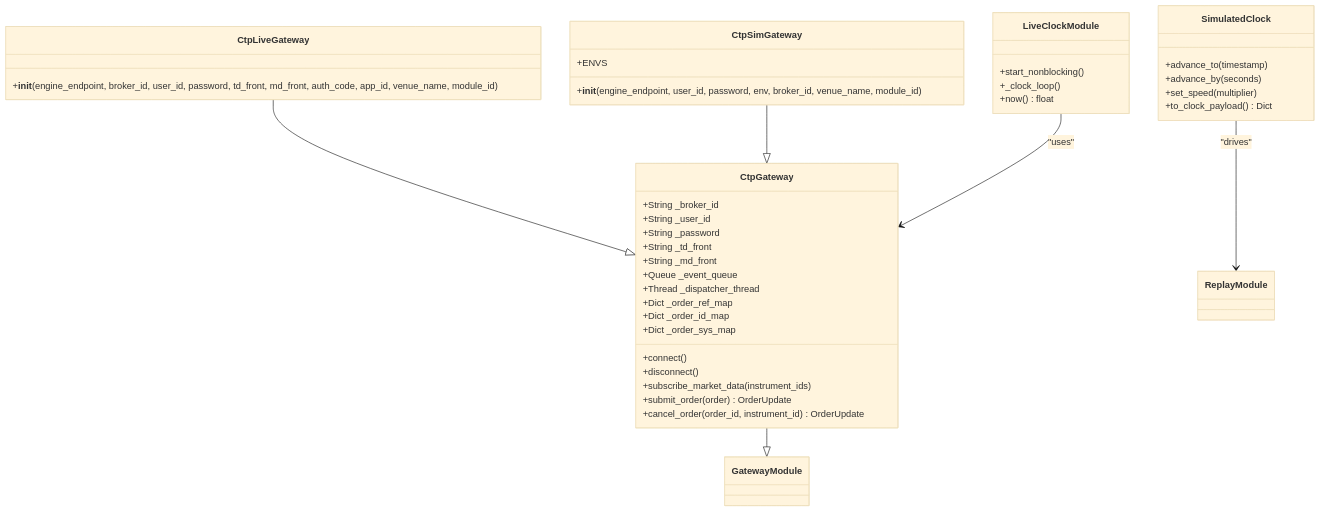
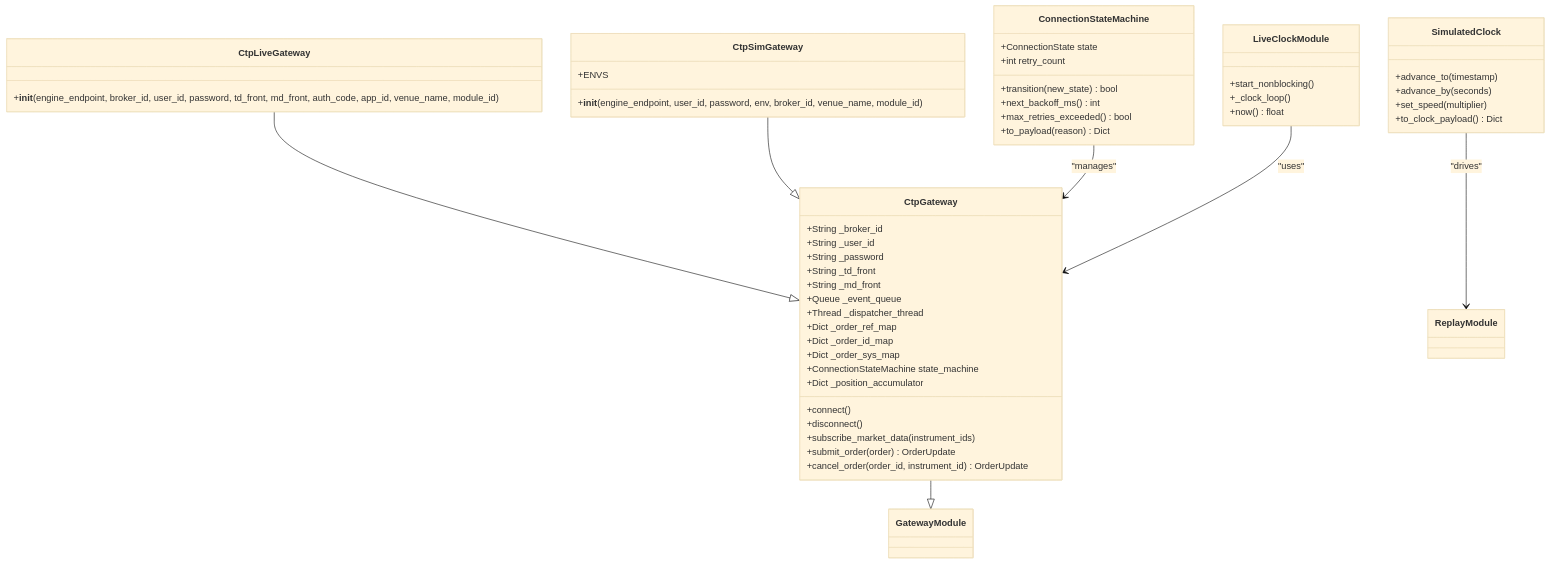
One commit to zt281/TycheEngine changed diagram 12 of 21 in .qoder/repowiki/en/content/Core Components/Multi-Asset Trading System.md. Above: the diagram before and after it, drawn with Mermaid (base theme). The commit also changed other lines of this file and 11 other files, not shown here.

````diff
--- a/.qoder/repowiki/en/content/Core Components/Multi-Asset Trading System.md
+++ b/.qoder/repowiki/en/content/Core Components/Multi-Asset Trading System.md
@@ -675,43 +693,54 @@
 ```mermaid
 classDiagram
 class CtpGateway {
 +String _broker_id
 +String _user_id
 +String _password
 +String _td_front
 +String _md_front
 +Queue _event_queue
 +Thread _dispatcher_thread
 +Dict _order_ref_map
 +Dict _order_id_map
 +Dict _order_sys_map
++ConnectionStateMachine state_machine
++Dict _position_accumulator
 +connect()
 +disconnect()
 +subscribe_market_data(instrument_ids)
 +submit_order(order) OrderUpdate
 +cancel_order(order_id, instrument_id) OrderUpdate
 }
 class CtpLiveGateway {
 +__init__(engine_endpoint, broker_id, user_id, password, td_front, md_front, auth_code, app_id, venue_name, module_id)
 }
 class CtpSimGateway {
 +ENVS
 +__init__(engine_endpoint, user_id, password, env, broker_id, venue_name, module_id)
+}
+class ConnectionStateMachine {
++ConnectionState state
++int retry_count
++transition(new_state) bool
++next_backoff_ms() int
++max_retries_exceeded() bool
++to_payload(reason) Dict
 }
 class LiveClockModule {
 +start_nonblocking()
 +_clock_loop()
 +now() float
 }
 class SimulatedClock {
 +advance_to(timestamp)
 +advance_by(seconds)
 +set_speed(multiplier)
 +to_clock_payload() Dict
 }
 CtpGateway --|> GatewayModule
 CtpLiveGateway --|> CtpGateway
 CtpSimGateway --|> CtpGateway
+ConnectionStateMachine --> CtpGateway : "manages"
 LiveClockModule --> CtpGateway : "uses"
 SimulatedClock --> ReplayModule : "drives"
 ```
````
